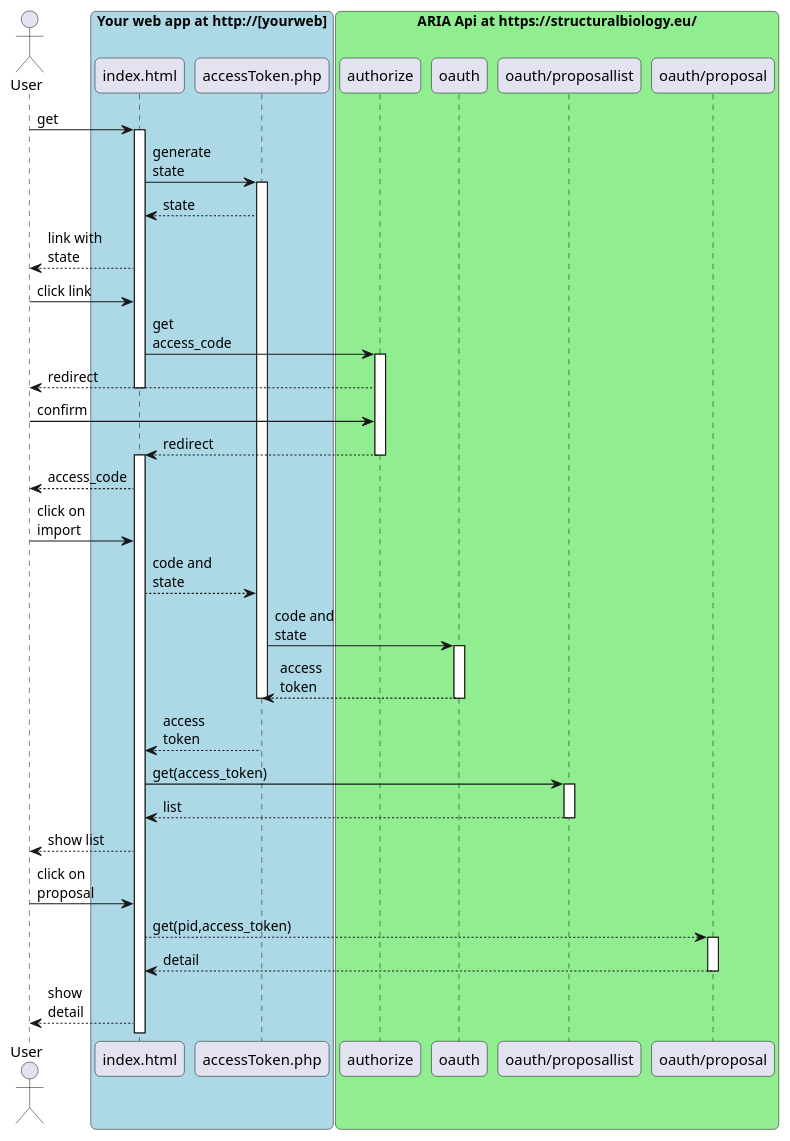
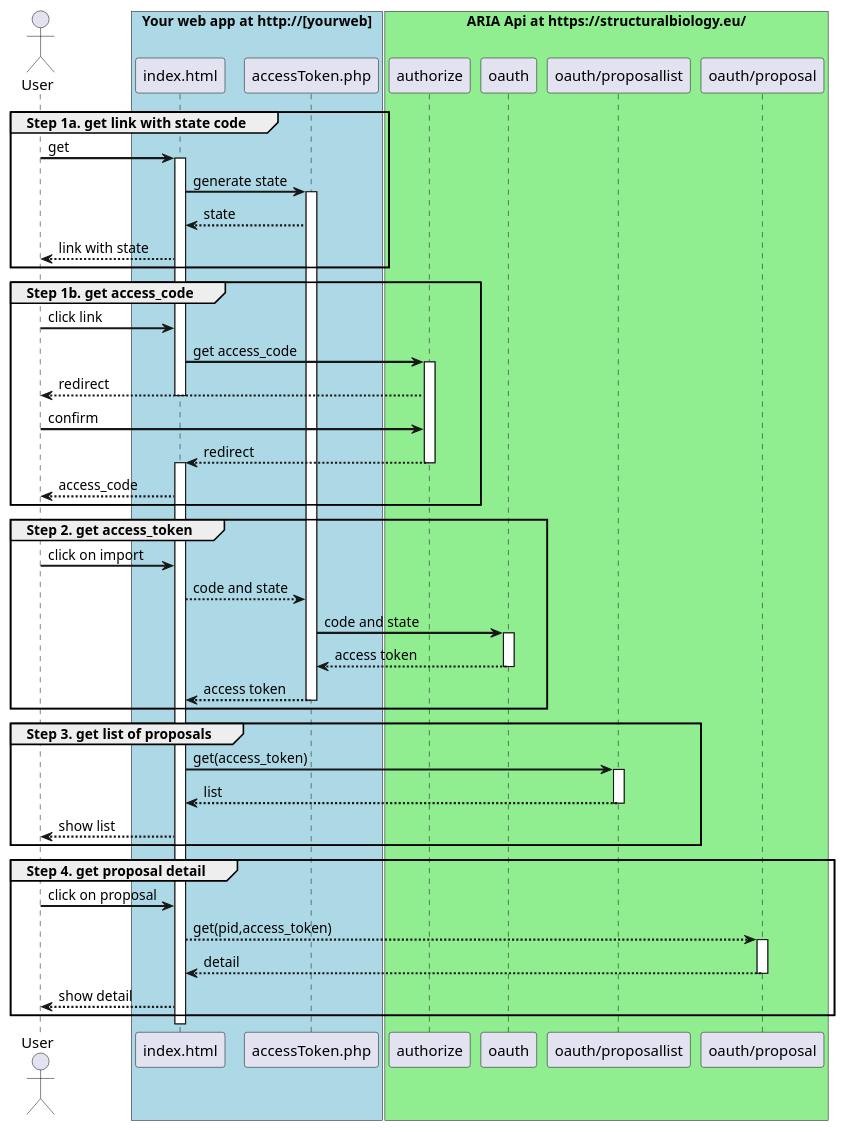
One commit to h2020-westlife-eu/westlife-docs changed the diagram in repository/developers-guide/aria-integration.md. Above: the diagram before and after it, drawn with PlantUML. The commit also changed other lines of this file, not shown here.

Commit message:
Updates repository/developers-guide/aria-integration.md
Auto commit by GitBook Editor

```diff
--- a/repository/developers-guide/aria-integration.md
+++ b/repository/developers-guide/aria-integration.md
@@ -9,56 +9,60 @@
 {% plantuml %}
-skinparam sequenceArrowThickness 1
-skinparam roundcorner 10
-skinparam maxmessagesize 60
+skinparam sequenceArrowThickness 2
 
 actor User
 box "Your web app at http://[yourweb]" #LightBlue
   participant "index.html" as index
   participant "accessToken.php" as php
 end box
 box "ARIA Api at https://structuralbiology.eu/" #LightGreen
 participant "authorize" as authorize
 participant "oauth" as oauth
 participant "oauth/proposallist" as list
 participant "oauth/proposal" as proposal
 end box
-User -> index: get
-activate index
-
-index -> php: generate state
-activate php
-
-php --> index: state
-
-index --> User: link with state
-
-User -> index: click link
-index -> authorize: get access_code
-activate authorize
-authorize --> User: redirect
-deactivate index
-User -> authorize: confirm 
-authorize --> index: redirect
-deactivate authorize
-activate index
-index --> User: access_code
-User -> index: click on import
-index --> php: code and state
-php -> oauth: code and state
-activate oauth
-oauth --> php: access token
-deactivate php
-deactivate oauth
-php --> index: access token
-index -> list: get(access_token)
-activate list
-list --> index: list
-deactivate list
-index --> User: show list
-User -> index: click on proposal
-index --> proposal: get(pid,access_token)
-activate proposal
-proposal --> index: detail
-deactivate proposal
-index --> User: show detail
+group Step 1a. get link with state code
+  User -> index: get
+  activate index
+  index -> php: generate state
+  activate php
+  php --> index: state
+  index --> User: link with state
+end
+group Step 1b. get access_code
+  User -> index: click link
+  index -> authorize: get access_code
+  activate authorize
+  authorize --> User: redirect
+  deactivate index
+  User -> authorize: confirm 
+  authorize --> index: redirect
+  deactivate authorize
+  activate index
+  index --> User: access_code
+end
+group Step 2. get access_token
+  User -> index: click on import
+  index --> php: code and state
+  php -> oauth: code and state
+  activate oauth
+  oauth --> php: access token
+  deactivate oauth
+  php --> index: access token
+  deactivate php
+end
+group Step 3. get list of proposals
+  index -> list: get(access_token)
+  activate list
+  list --> index: list
+  deactivate list
+  index --> User: show list
+end
+group Step 4. get proposal detail
+  User -> index: click on proposal
+  index --> proposal: get(pid,access_token)
+  activate proposal
+  proposal --> index: detail
+  deactivate proposal
+  index --> User: show detail
+end
 {% endplantuml %}
```
